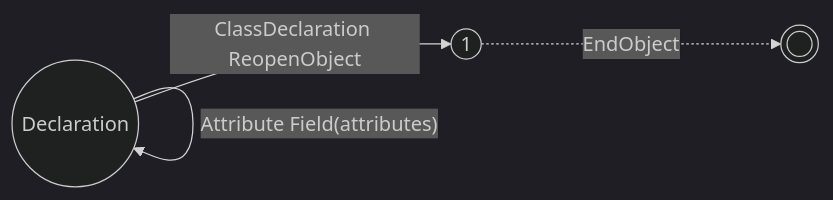
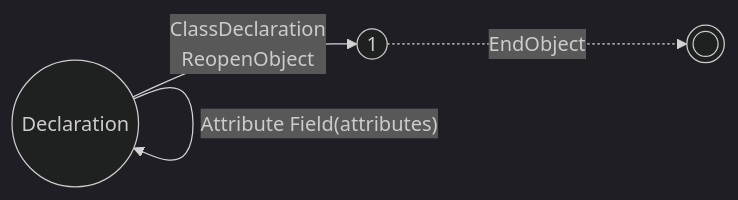
Diagram 19 of 20 in Blog/GLR-Refactoring/Mermaid.md (vczh-websites/vczh), drawn with Mermaid (dark theme) before and after one commit. The commit also changed other lines of this file, not shown here.

````diff
--- a/Blog/GLR-Refactoring/Mermaid.md
+++ b/Blog/GLR-Refactoring/Mermaid.md
@@ -320,6 +320,7 @@
 ```mermaid
 graph LR
-  S((Declaration))-- ClassDeclaration ReopenObject -->1
+  S((Declaration))-- ClassDeclaration
+ReopenObject -->1
   S-- Attribute Field(attributes) -->S
   1((1))-. EndObject .->E((( )))
 ```
````
